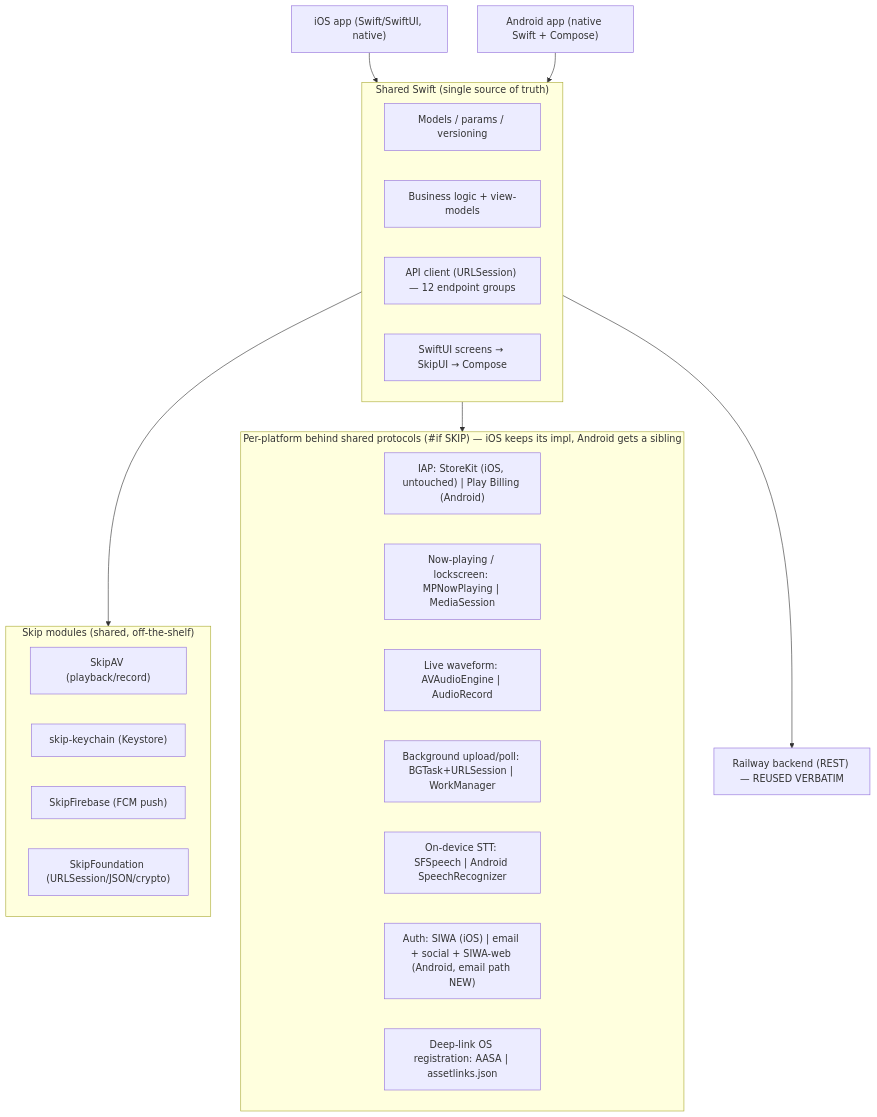
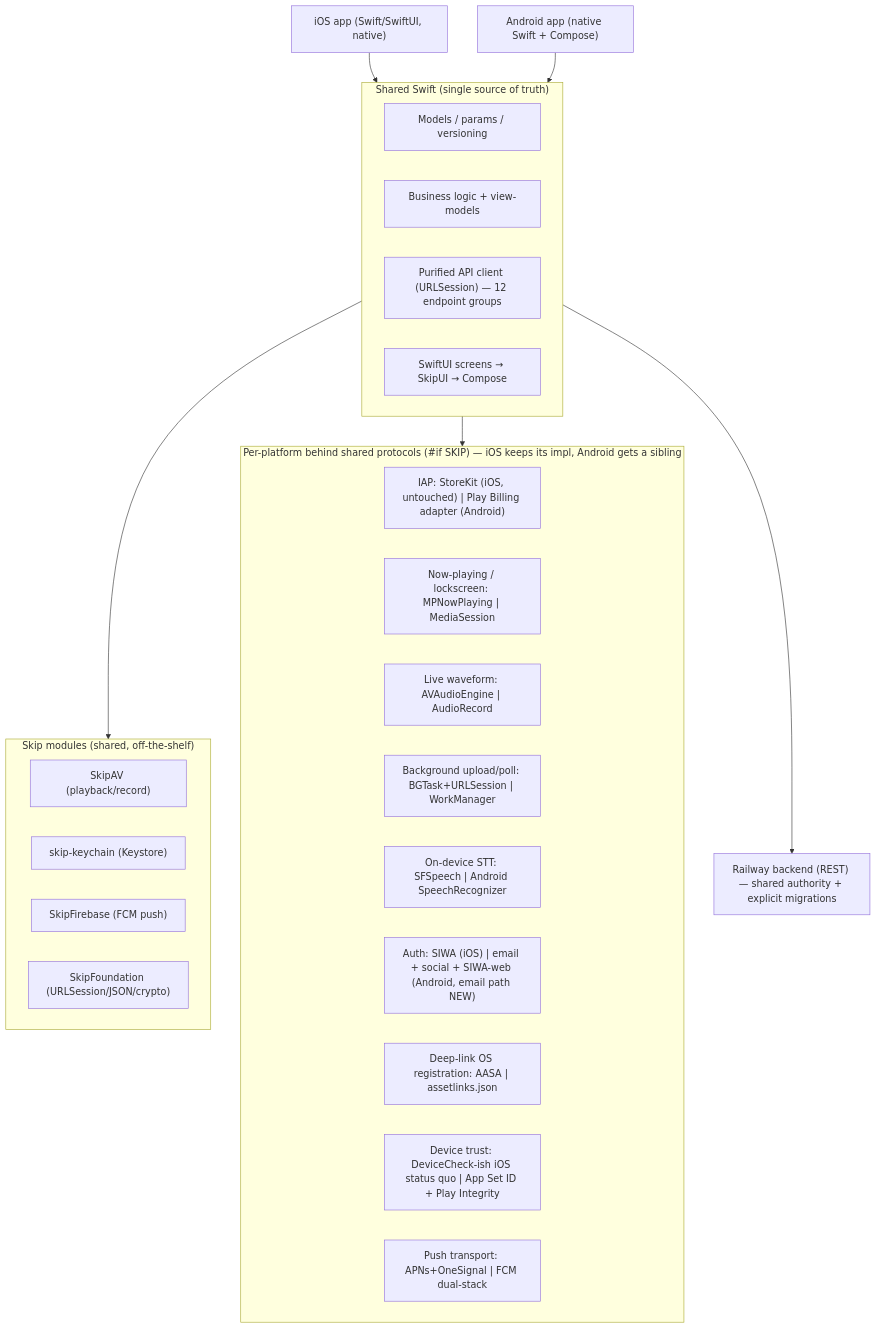
One commit to computa/porizo changed the diagram in docs/plans/2026-06-30-001-feat-android-via-skip-plan.md. Above: the diagram before and after it, drawn with Mermaid. The commit also changed other lines of this file, not shown here.

Commit message:
docs: harden Android Skip plan after review

````diff
--- a/docs/plans/2026-06-30-001-feat-android-via-skip-plan.md
+++ b/docs/plans/2026-06-30-001-feat-android-via-skip-plan.md
@@ -65,29 +73,31 @@
 ```mermaid
 flowchart TB
   subgraph Shared["Shared Swift (single source of truth)"]
     M["Models / params / versioning"]
     L["Business logic + view-models"]
-    API["API client (URLSession) — 12 endpoint groups"]
+    API["Purified API client (URLSession) — 12 endpoint groups"]
     UI["SwiftUI screens → SkipUI → Compose"]
   end
   subgraph Bridged["Per-platform behind shared protocols (#if SKIP) — iOS keeps its impl, Android gets a sibling"]
-    IAP["IAP: StoreKit (iOS, untouched) | Play Billing (Android)"]
+    IAP["IAP: StoreKit (iOS, untouched) | Play Billing adapter (Android)"]
     NP["Now-playing / lockscreen: MPNowPlaying | MediaSession"]
     WAVE["Live waveform: AVAudioEngine | AudioRecord"]
     BG["Background upload/poll: BGTask+URLSession | WorkManager"]
     STT["On-device STT: SFSpeech | Android SpeechRecognizer"]
     AUTH["Auth: SIWA (iOS) | email + social + SIWA-web (Android, email path NEW)"]
     LINK["Deep-link OS registration: AASA | assetlinks.json"]
+    TRUST["Device trust: DeviceCheck-ish iOS status quo | App Set ID + Play Integrity"]
+    PUSH["Push transport: APNs+OneSignal | FCM dual-stack"]
   end
   subgraph Modules["Skip modules (shared, off-the-shelf)"]
     AV["SkipAV (playback/record)"]
     KC["skip-keychain (Keystore)"]
     FB["SkipFirebase (FCM push)"]
     FN["SkipFoundation (URLSession/JSON/crypto)"]
   end
   Shared --> Modules
   Shared --> Bridged
   iOSApp["iOS app (Swift/SwiftUI, native)"] --> Shared
   AndroidApp["Android app (native Swift + Compose)"] --> Shared
-  Shared --> Backend["Railway backend (REST) — REUSED VERBATIM"]
+  Shared --> Backend["Railway backend (REST) — shared authority + explicit migrations"]
 ```
````
